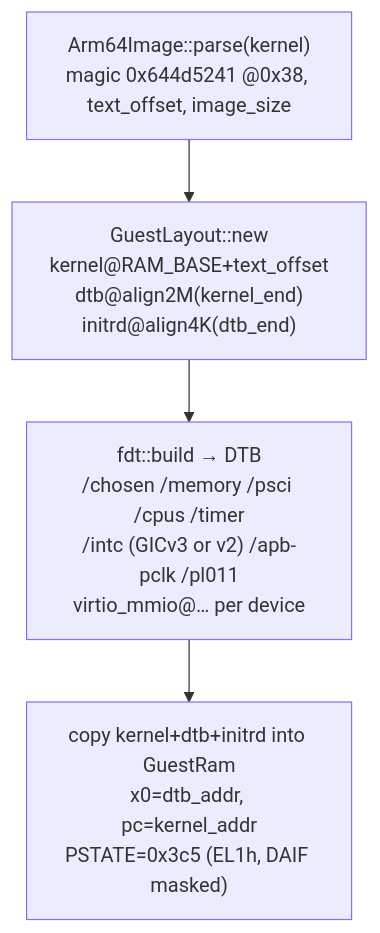
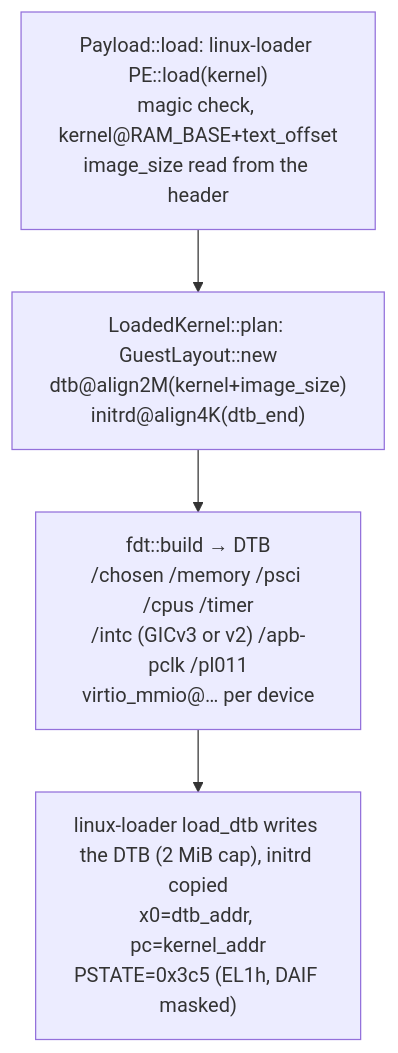
The second of 4 diagrams in docs/architecture.md (brig-sh/hvi-vmm), drawn with Mermaid before and after one commit. The commit also changed other lines of this file and 8 other files, not shown here.

````diff
--- a/docs/architecture.md
+++ b/docs/architecture.md
@@ -188,7 +188,7 @@
 ```mermaid
 flowchart TB
-    A["Arm64Image::parse(kernel)<br/>magic 0x644d5241 @0x38, text_offset, image_size"] --> B
-    B["GuestLayout::new<br/>kernel@RAM_BASE+text_offset<br/>dtb@align2M(kernel_end)<br/>initrd@align4K(dtb_end)"] --> C
+    A["Payload::load: linux-loader PE::load(kernel)<br/>magic check, kernel@RAM_BASE+text_offset<br/>image_size read from the header"] --> B
+    B["LoadedKernel::plan: GuestLayout::new<br/>dtb@align2M(kernel+image_size)<br/>initrd@align4K(dtb_end)"] --> C
     C["fdt::build → DTB<br/>/chosen /memory /psci /cpus /timer<br/>/intc (GICv3 or v2) /apb-pclk /pl011<br/>virtio_mmio@… per device"] --> D
-    D["copy kernel+dtb+initrd into GuestRam<br/>x0=dtb_addr, pc=kernel_addr<br/>PSTATE=0x3c5 (EL1h, DAIF masked)"]
+    D["linux-loader load_dtb writes the DTB (2 MiB cap), initrd copied<br/>x0=dtb_addr, pc=kernel_addr<br/>PSTATE=0x3c5 (EL1h, DAIF masked)"]
 ```
````
